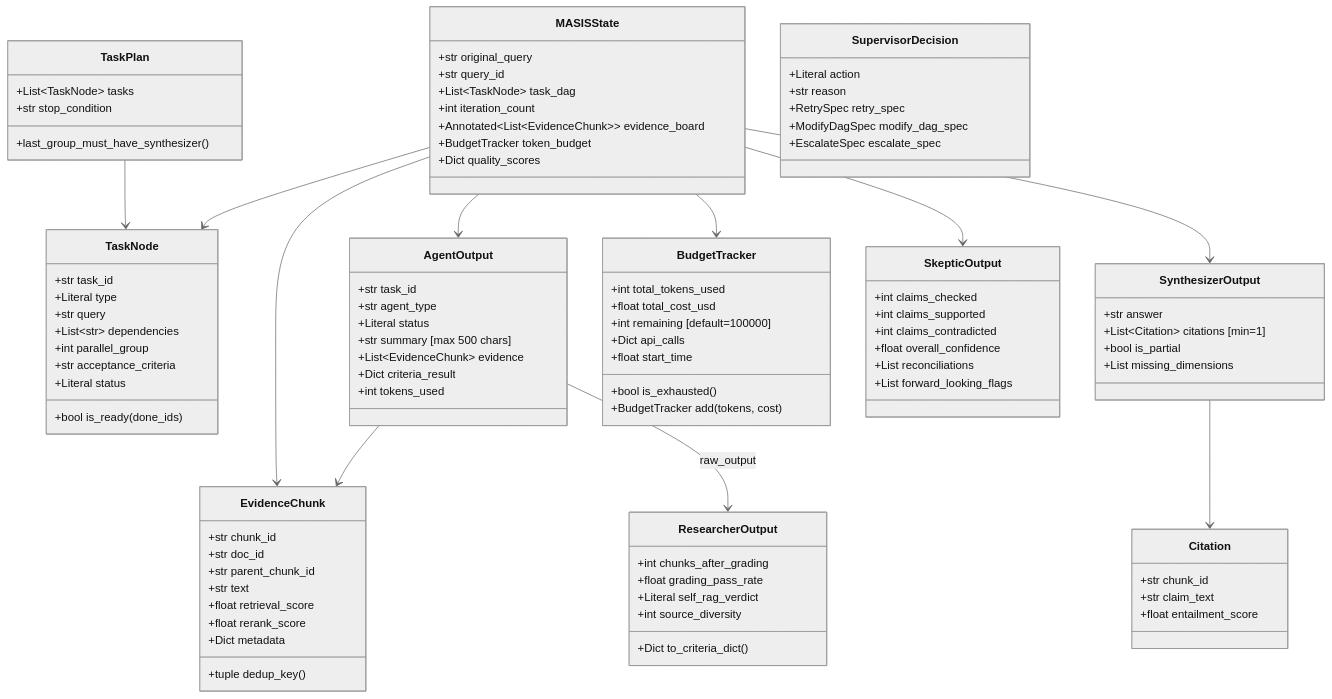
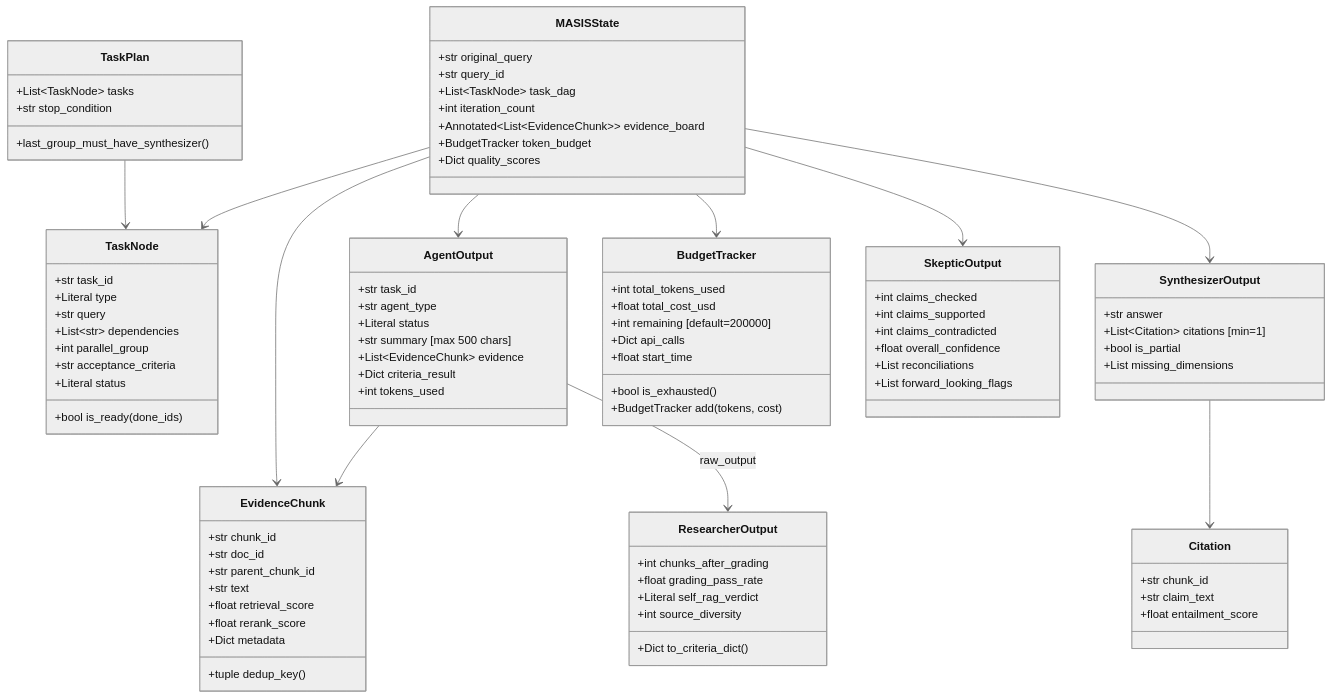
One commit to SalilBhatnagarDE/masis changed the second of 2 diagrams in docs_md/02_LLD.md. Above: the diagram before and after it, drawn with Mermaid (neutral theme). The commit also changed other lines of this file and 161 other files, not shown here.

```diff
--- a/docs_md/02_LLD.md
+++ b/docs_md/02_LLD.md
@@ -235,19 +230,11 @@
     class BudgetTracker {
         +int total_tokens_used
         +float total_cost_usd
-        +int remaining [default=100000]
+        +int remaining [default=200000]
         +Dict api_calls
         +float start_time
         +bool is_exhausted()
         +BudgetTracker add(tokens, cost)
-    }
-
-    class SupervisorDecision {
-        +Literal action
-        +str reason
-        +RetrySpec retry_spec
-        +ModifyDagSpec modify_dag_spec
-        +EscalateSpec escalate_spec
     }
 
     MASISState --> TaskNode
```
